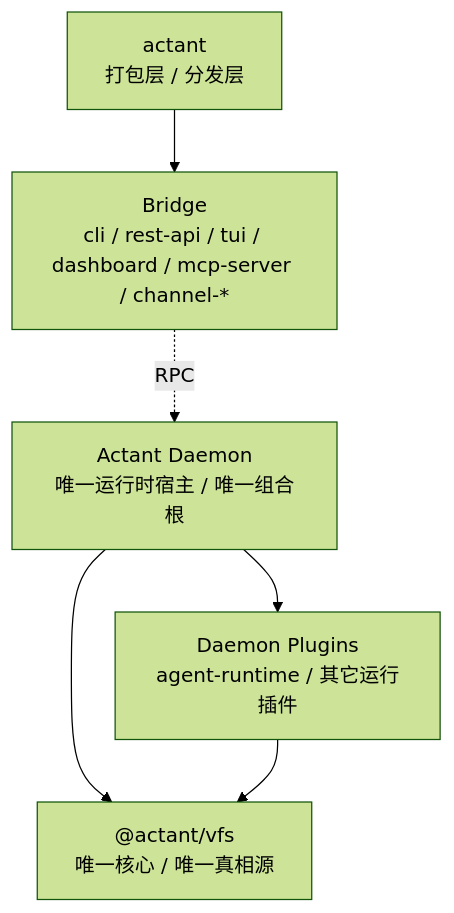
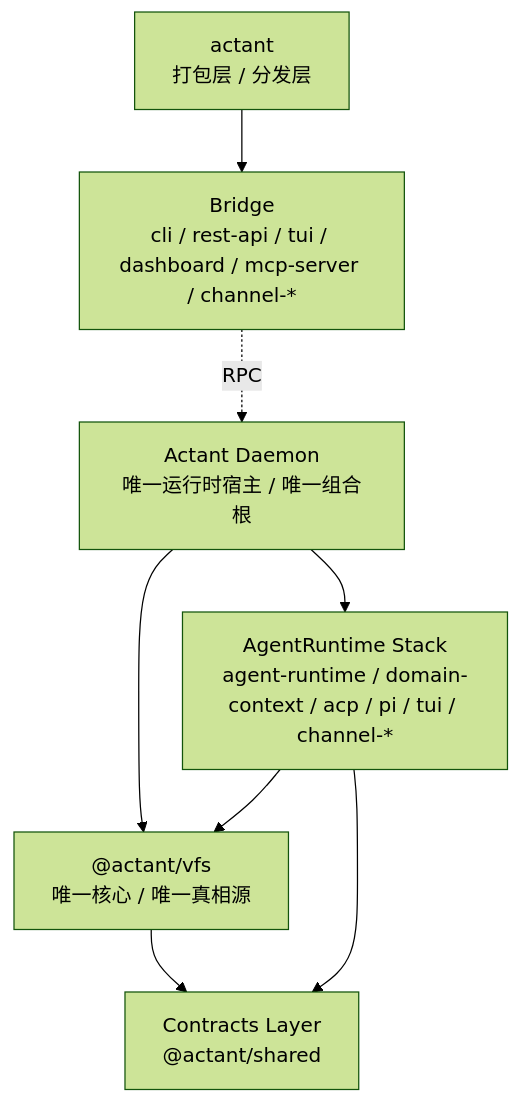
The first of 2 diagrams in .trellis/spec/index.md (blackplume233/Actant), drawn with Mermaid (forest theme) before and after one commit. The commit also changed other lines of this file and 249 other files, not shown here.

````diff
--- a/.trellis/spec/index.md
+++ b/.trellis/spec/index.md
@@ -33,23 +34,28 @@
 ```mermaid
 flowchart TB
     ACTANT["actant
 打包层 / 分发层"]
 
     BRIDGE["Bridge
 cli / rest-api / tui / dashboard / mcp-server / channel-*"]
 
     DAEMON["Actant Daemon
 唯一运行时宿主 / 唯一组合根"]
 
+    CONTRACTS["Contracts Layer
+@actant/shared"]
+
     VFS["@actant/vfs
 唯一核心 / 唯一真相源"]
 
-    PLUGINS["Daemon Plugins
-agent-runtime / 其它运行插件"]
+    RUNTIME["AgentRuntime Stack
+agent-runtime / domain-context / acp / pi / tui / channel-*"]
 
     ACTANT --> BRIDGE
     BRIDGE -. RPC .-> DAEMON
-    DAEMON --> PLUGINS
+    DAEMON --> RUNTIME
     DAEMON --> VFS
-    PLUGINS --> VFS
+    VFS --> CONTRACTS
+    RUNTIME --> CONTRACTS
+    RUNTIME --> VFS
 ```
````
